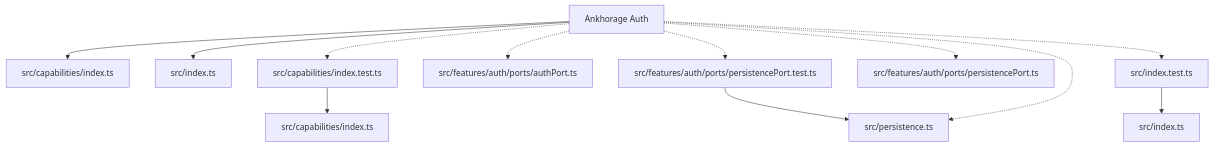
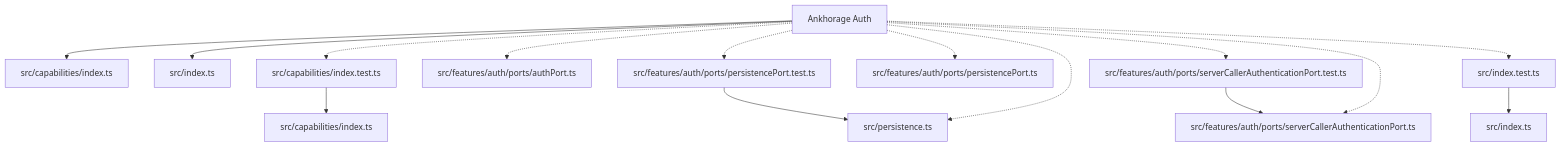
Before and after one commit to ankhorage/auth: the diagram in paradox/diagrams/architecture-overview.mmd, drawn with Mermaid. The commit also changed 12 other files, not shown here.

```diff
--- a/paradox/diagrams/architecture-overview.mmd
+++ b/paradox/diagrams/architecture-overview.mmd
@@ -1,23 +1,28 @@
 graph TD
   package__ankhorage_auth["Ankhorage Auth"]
   entrypoint_src_capabilities_index_ts["src/capabilities/index.ts"]
   package__ankhorage_auth --> entrypoint_src_capabilities_index_ts
   entrypoint_src_index_ts["src/index.ts"]
   package__ankhorage_auth --> entrypoint_src_index_ts
   module_src_capabilities_index_test_ts["src/capabilities/index.test.ts"]
   package__ankhorage_auth -.-> module_src_capabilities_index_test_ts
   module_src_capabilities_index_test_ts --> module_src_capabilities_index_ts
   module_src_capabilities_index_ts["src/capabilities/index.ts"]
   module_src_features_auth_ports_authPort_ts["src/features/auth/ports/authPort.ts"]
   package__ankhorage_auth -.-> module_src_features_auth_ports_authPort_ts
   module_src_features_auth_ports_persistencePort_test_ts["src/features/auth/ports/persistencePort.test.ts"]
   package__ankhorage_auth -.-> module_src_features_auth_ports_persistencePort_test_ts
   module_src_features_auth_ports_persistencePort_test_ts --> module_src_persistence_ts
   module_src_features_auth_ports_persistencePort_ts["src/features/auth/ports/persistencePort.ts"]
   package__ankhorage_auth -.-> module_src_features_auth_ports_persistencePort_ts
+  module_src_features_auth_ports_serverCallerAuthenticationPort_test_ts["src/features/auth/ports/serverCallerAuthenticationPort.test.ts"]
+  package__ankhorage_auth -.-> module_src_features_auth_ports_serverCallerAuthenticationPort_test_ts
+  module_src_features_auth_ports_serverCallerAuthenticationPort_test_ts --> module_src_features_auth_ports_serverCallerAuthenticationPort_ts
+  module_src_features_auth_ports_serverCallerAuthenticationPort_ts["src/features/auth/ports/serverCallerAuthenticationPort.ts"]
+  package__ankhorage_auth -.-> module_src_features_auth_ports_serverCallerAuthenticationPort_ts
   module_src_index_test_ts["src/index.test.ts"]
   package__ankhorage_auth -.-> module_src_index_test_ts
   module_src_index_test_ts --> module_src_index_ts
   module_src_index_ts["src/index.ts"]
   module_src_persistence_ts["src/persistence.ts"]
   package__ankhorage_auth -.-> module_src_persistence_ts
```
